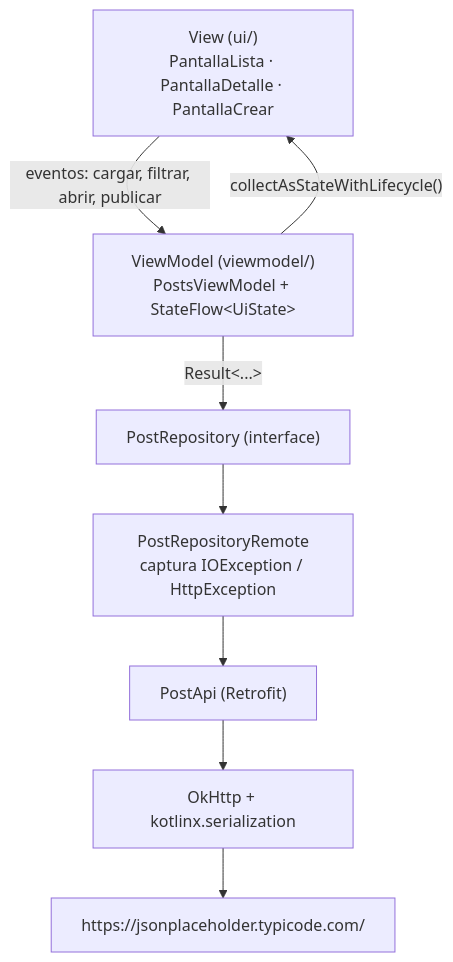
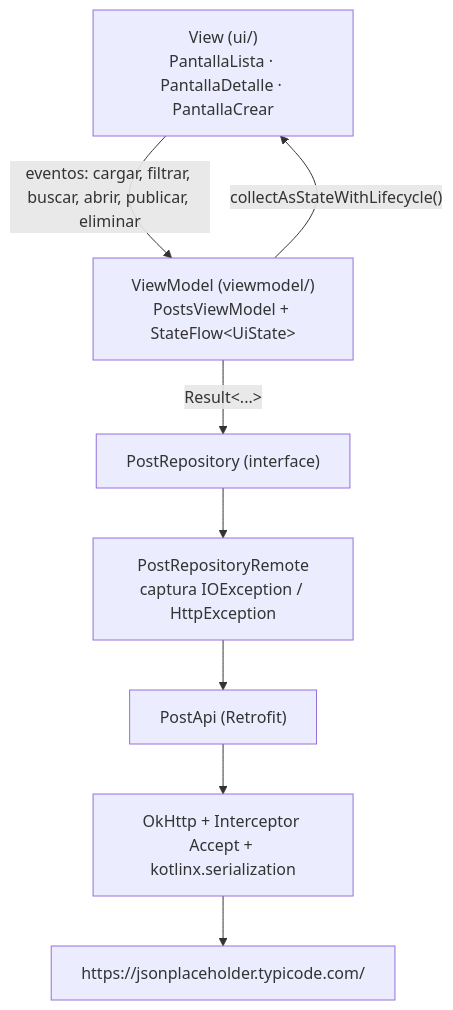
One commit to Fernando-Correa-27/Programacion_Moviles changed the diagram in Semana_9/Con_IA/murocampus/README.md. Above: the diagram before and after it, drawn with Mermaid. The commit also changed other lines of this file and 7 other files, not shown here.

````diff
--- a/Semana_9/Con_IA/murocampus/README.md
+++ b/Semana_9/Con_IA/murocampus/README.md
@@ -73,10 +104,10 @@
 ```mermaid
 flowchart TD
-    V["View (ui/)<br/>PantallaLista · PantallaDetalle · PantallaCrear"] -->|"eventos: cargar, filtrar, abrir, publicar"| VM["ViewModel (viewmodel/)<br/>PostsViewModel + StateFlow&lt;UiState&gt;"]
+    V["View (ui/)<br/>PantallaLista · PantallaDetalle · PantallaCrear"] -->|"eventos: cargar, filtrar, buscar, abrir, publicar, eliminar"| VM["ViewModel (viewmodel/)<br/>PostsViewModel + StateFlow&lt;UiState&gt;"]
     VM -->|"collectAsStateWithLifecycle()"| V
     VM -->|"Result&lt;...&gt;"| R["PostRepository (interface)"]
     R --> RR["PostRepositoryRemote<br/>captura IOException / HttpException"]
     RR --> API["PostApi (Retrofit)"]
-    API --> OK["OkHttp + kotlinx.serialization"]
+    API --> OK["OkHttp + Interceptor Accept + kotlinx.serialization"]
     OK --> WEB["https://jsonplaceholder.typicode.com/"]
 ```
````
